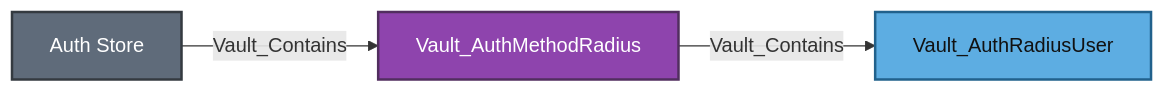
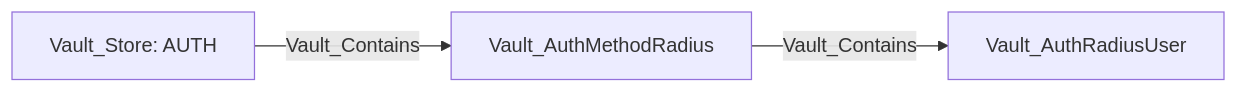
One commit to bytewreck/opengraph-vault changed diagram 19 of 28 in Documentation/stores/AUTH.md. Above: the diagram before and after it, drawn with Mermaid. The commit also changed other lines of this file, not shown here.

````diff
--- a/Documentation/stores/AUTH.md
+++ b/Documentation/stores/AUTH.md
@@ -1144,9 +1135,5 @@
 ```mermaid
 flowchart LR
-    store[Auth Store]:::storeNode -->|Vault_Contains| method[Vault_AuthMethodRadius]:::authMethodNode
-    method -->|Vault_Contains| user[Vault_AuthRadiusUser]:::authUserNode
-
-    classDef storeNode fill:#5F6B7A,color:#fff,stroke:#343A40,stroke-width:2px
-    classDef authMethodNode fill:#8E44AD,color:#fff,stroke:#512E5F,stroke-width:2px
-    classDef authUserNode fill:#5DADE2,color:#111,stroke:#21618C,stroke-width:2px
+    store[Vault_Store: AUTH] -->|Vault_Contains| method[Vault_AuthMethodRadius]
+    method -->|Vault_Contains| user[Vault_AuthRadiusUser]
 ```
````
